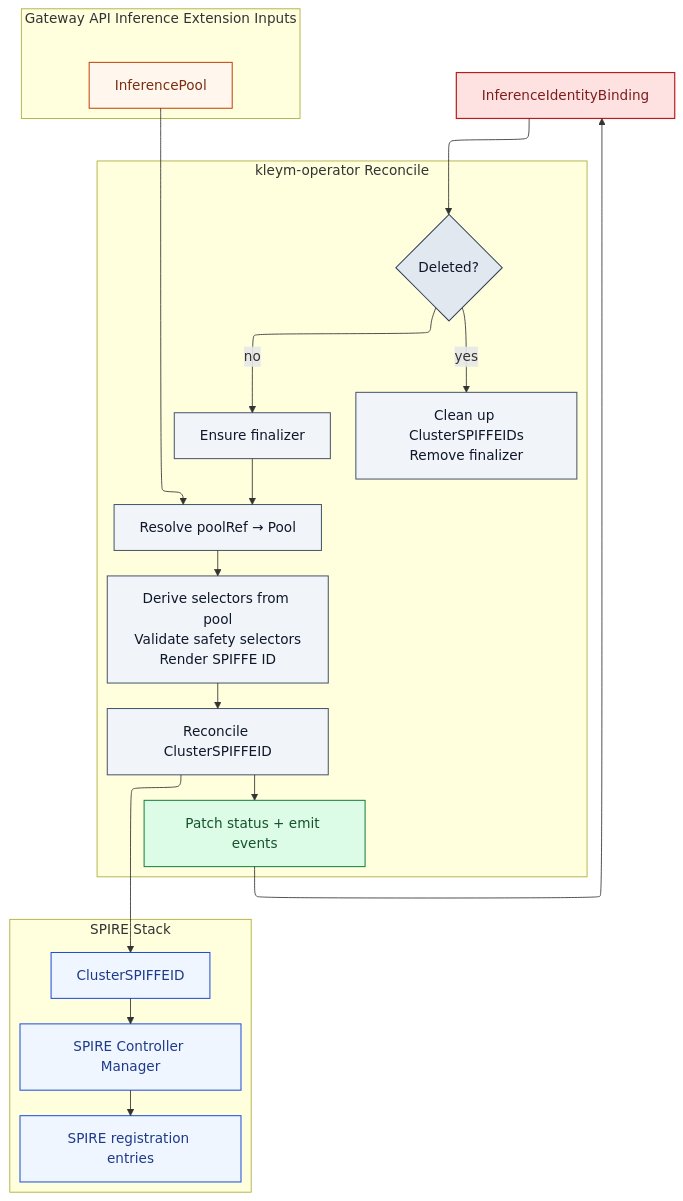
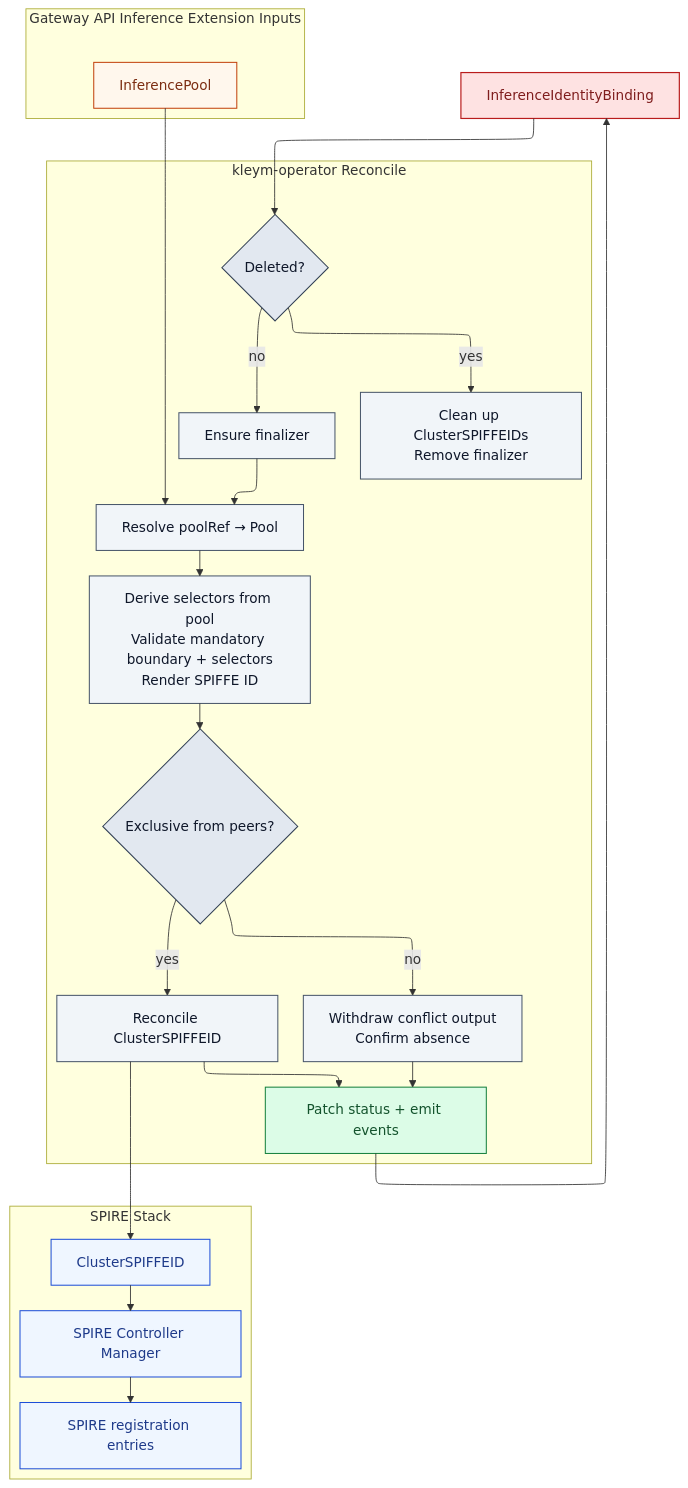
One commit to sonda-red/kleym changed the diagram in README.md. Above: the diagram before and after it, drawn with Mermaid. The commit also changed other lines of this file and 11 other files, not shown here.

````diff
--- a/README.md
+++ b/README.md
@@ -117,51 +119,56 @@
 ```mermaid
 ---
 config:
   layout: elk
 ---
 flowchart TD
     B["InferenceIdentityBinding"]
 
     subgraph GAIE["Gateway API Inference Extension Inputs"]
         P["InferencePool"]
     end
 
     subgraph Reconcile["kleym-operator Reconcile"]
         D1{"Deleted?"}
         D1Y["Clean up ClusterSPIFFEIDs\nRemove finalizer"]
         F["Ensure finalizer"]
         RESOLVE["Resolve poolRef → Pool"]
-        RENDER["Derive selectors from pool\nValidate safety selectors\nRender SPIFFE ID"]
+        RENDER["Derive selectors from pool\nValidate mandatory boundary + selectors\nRender SPIFFE ID"]
+        PEERS{"Exclusive from peers?"}
+        WITHDRAW["Withdraw conflict output\nConfirm absence"]
         APPLY["Reconcile ClusterSPIFFEID"]
         STATUS["Patch status + emit events"]
     end
 
     subgraph SPIRE["SPIRE Stack"]
         CS["ClusterSPIFFEID"]
         SCM["SPIRE Controller Manager"]
         SR["SPIRE registration entries"]
     end
 
     B --> D1
     D1 -->|yes| D1Y
     D1 -->|no| F --> RESOLVE
     P --> RESOLVE
-    RESOLVE --> RENDER --> APPLY --> STATUS
+    RESOLVE --> RENDER --> PEERS
+    PEERS -->|yes| APPLY --> STATUS
+    PEERS -->|no| WITHDRAW --> STATUS
     APPLY --> CS --> SCM --> SR
     STATUS --> B
 
     classDef binding fill:#fee2e2,stroke:#b91c1c,color:#7f1d1d,stroke-width:1.4px
     classDef gaie fill:#fff7ed,stroke:#c2410c,color:#7c2d12,stroke-width:1.2px
     classDef controller fill:#f1f5f9,stroke:#475569,color:#0f172a,stroke-width:1.2px
     classDef gate fill:#e2e8f0,stroke:#334155,color:#0f172a,stroke-width:1.2px
     classDef status fill:#dcfce7,stroke:#15803d,color:#14532d,stroke-width:1.2px
     classDef warning fill:#fee2e2,stroke:#dc2626,color:#7f1d1d,stroke-width:1.2px,stroke-dasharray:4 2
     classDef spire fill:#eff6ff,stroke:#1d4ed8,color:#1e3a8a,stroke-width:1.2px
 
     class B binding
     class P gaie
     class D1 gate
-    class D1Y,F,RESOLVE,RENDER,APPLY controller
+    class D1Y,F,RESOLVE,RENDER,APPLY,WITHDRAW controller
+    class PEERS gate
     class STATUS status
     class CS,SCM,SR spire
 ```
````
